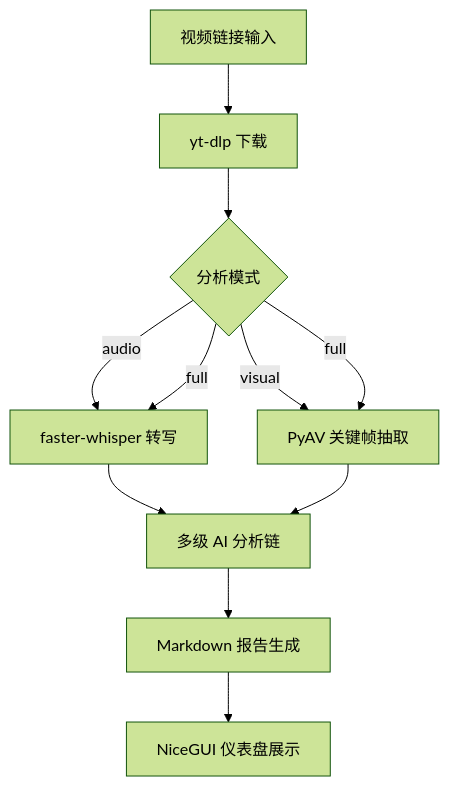
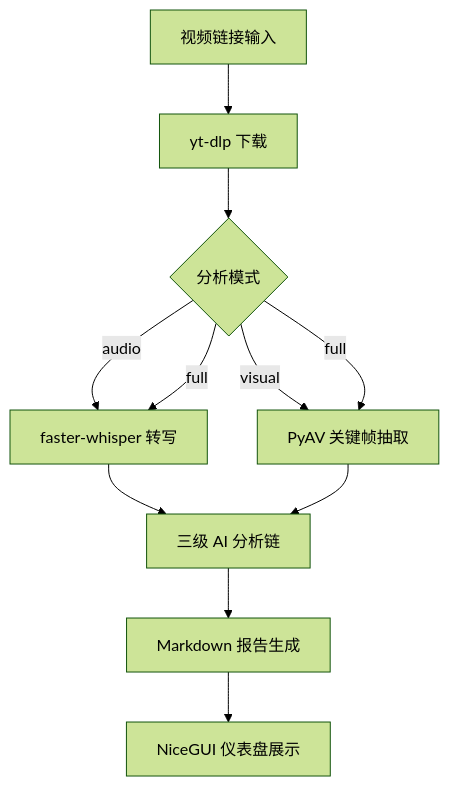
Before and after one commit to voidleap-dev/video-analyzer-arch: the diagram in README.md, drawn with Mermaid (forest theme). The commit also changed other lines of this file, not shown here.

````diff
--- a/README.md
+++ b/README.md
@@ -11,13 +11,13 @@
 ```mermaid
 graph TD
     A[视频链接输入] --> B[yt-dlp 下载]
     B --> C{分析模式}
     C -->|audio| D[faster-whisper 转写]
     C -->|visual| E[PyAV 关键帧抽取]
     C -->|full| D
     C -->|full| E
-    D --> F[多级 AI 分析链]
+    D --> F[三级 AI 分析链]
     E --> F
     F --> G[Markdown 报告生成]
     G --> H[NiceGUI 仪表盘展示]
 ```
````
